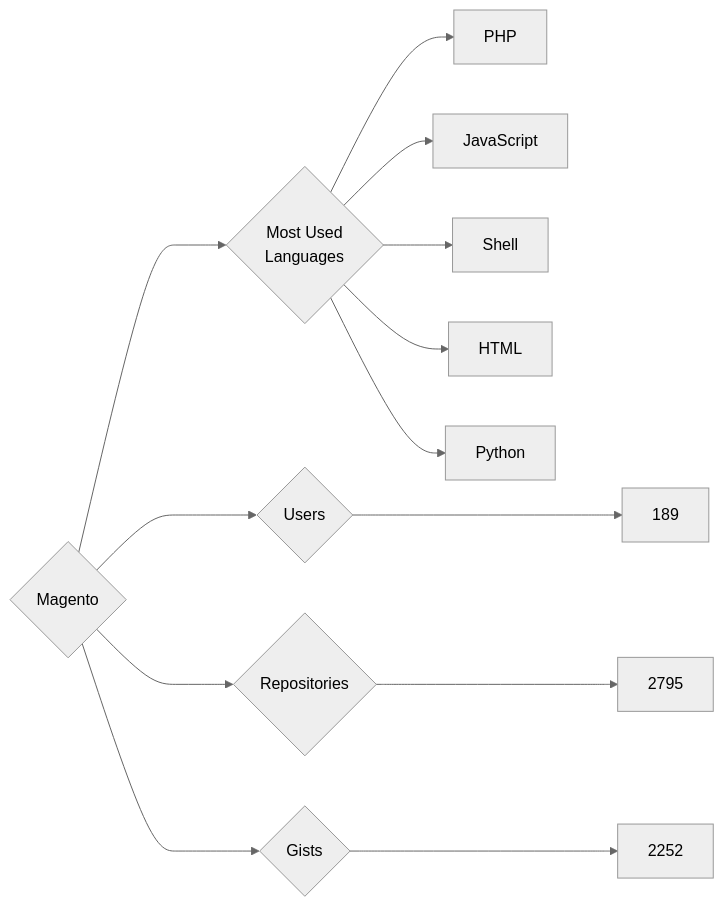
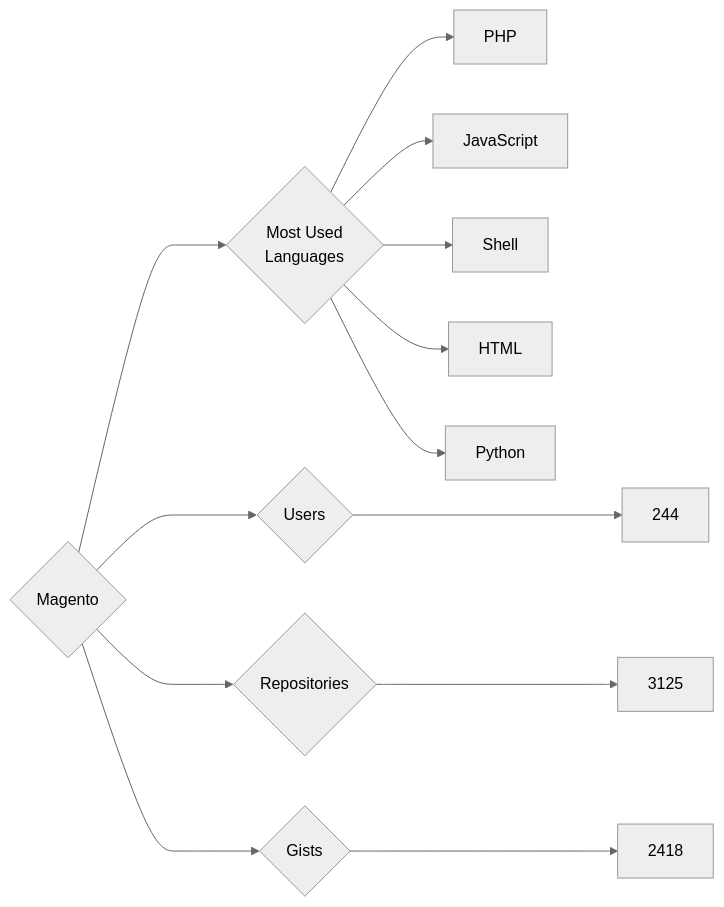
One commit to trickest/insiders changed the diagram in targets/Magento/README.md. Above: the diagram before and after it, drawn with Mermaid (neutral theme). The commit also changed 823 other files, not shown here.

````diff
--- a/targets/Magento/README.md
+++ b/targets/Magento/README.md
@@ -3,13 +3,13 @@
 ```mermaid
 graph LR
 COMPANY_NAME{Magento}
-COMPANY_NAME ---> U{Users} ---> UN[189]
-COMPANY_NAME ---> R{Repositories} ---> RN[2795]
-COMPANY_NAME ---> G{Gists} ---> GN[2252]
+COMPANY_NAME ---> U{Users} ---> UN[244]
+COMPANY_NAME ---> R{Repositories} ---> RN[3125]
+COMPANY_NAME ---> G{Gists} ---> GN[2418]
 COMPANY_NAME ---> ML{Most Used<br>Languages}
 ML --> PHP[PHP]
 ML --> JavaScript[JavaScript]
 ML --> Shell[Shell]
 ML --> HTML[HTML]
 ML --> Python[Python]
 ```
````
